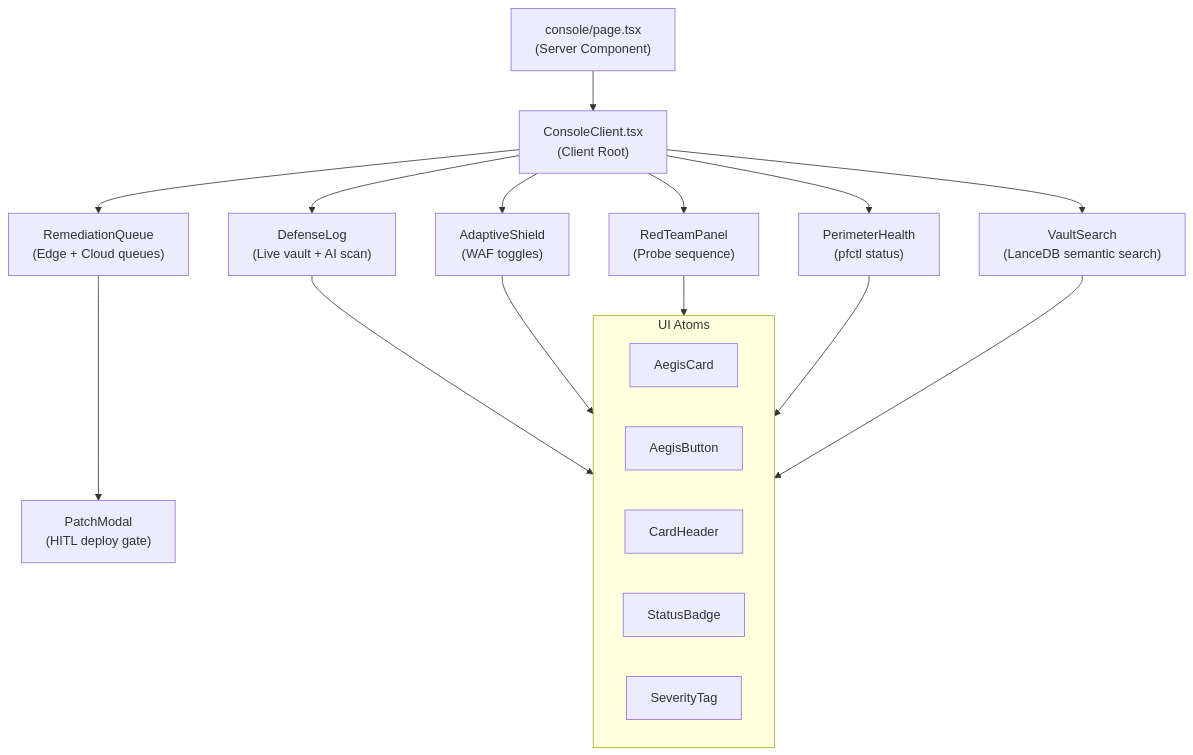
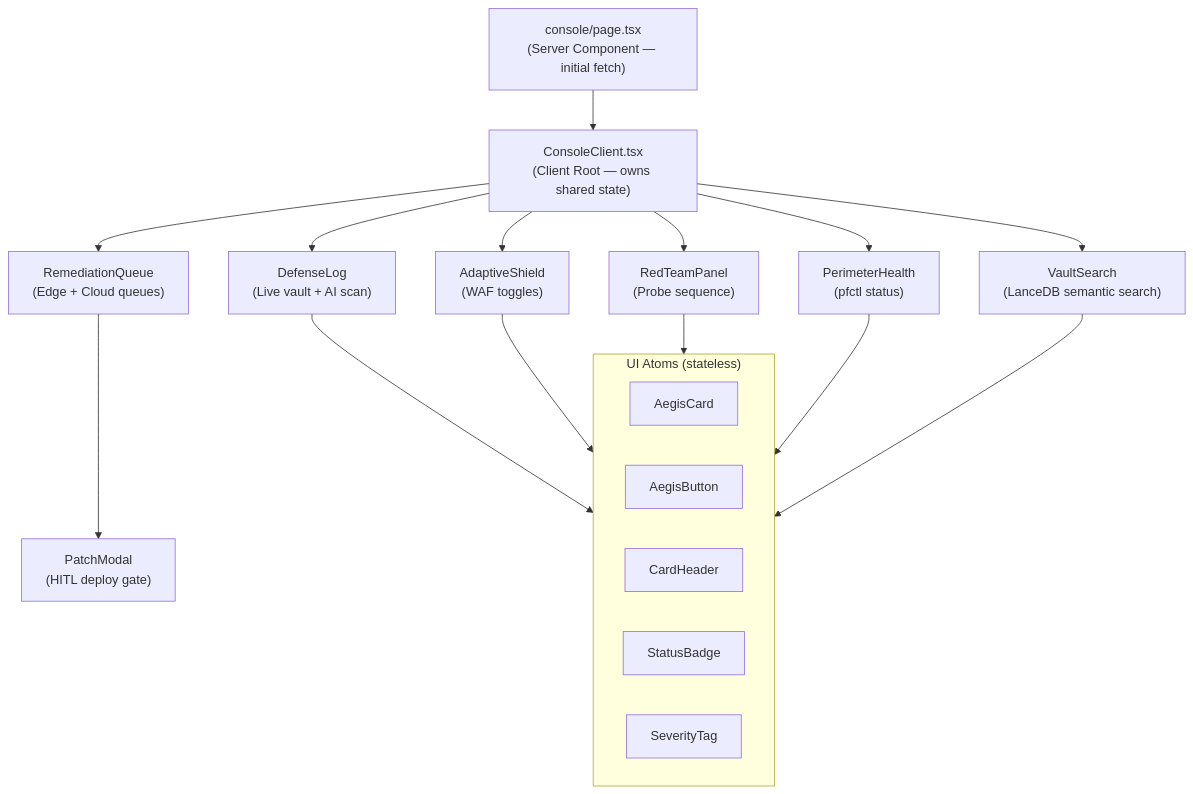
Before and after one commit to GeorgiDS9/aegis-node: the eighth of 8 diagrams in ARCHITECTURE_FLOWS.md, drawn with Mermaid. The commit also changed other lines of this file, not shown here.

First line of the commit message:
docs(arch): enrich ARCHITECTURE_FLOWS with why/understand/guarantees context

````diff
--- a/ARCHITECTURE_FLOWS.md
+++ b/ARCHITECTURE_FLOWS.md
@@ -211,23 +346,23 @@
 ```mermaid
 graph TD
-    PAGE["console/page.tsx\n(Server Component)"] --> CLIENT["ConsoleClient.tsx\n(Client Root)"]
+    PAGE["console/page.tsx\n(Server Component — initial fetch)"] --> CLIENT["ConsoleClient.tsx\n(Client Root — owns shared state)"]
 
     CLIENT --> RQ["RemediationQueue\n(Edge + Cloud queues)"]
     CLIENT --> PH["PerimeterHealth\n(pfctl status)"]
     CLIENT --> VS["VaultSearch\n(LanceDB semantic search)"]
     CLIENT --> DL["DefenseLog\n(Live vault + AI scan)"]
     CLIENT --> AS["AdaptiveShield\n(WAF toggles)"]
     CLIENT --> RT["RedTeamPanel\n(Probe sequence)"]
 
     RQ --> PM["PatchModal\n(HITL deploy gate)"]
 
-    subgraph ATOMS["UI Atoms"]
+    subgraph ATOMS["UI Atoms (stateless)"]
         ACard["AegisCard"]
         ABtn["AegisButton"]
         CH["CardHeader"]
         SB["StatusBadge"]
         ST["SeverityTag"]
     end
 
     DL & AS & RT & PH & VS --> ATOMS
 ```
````
